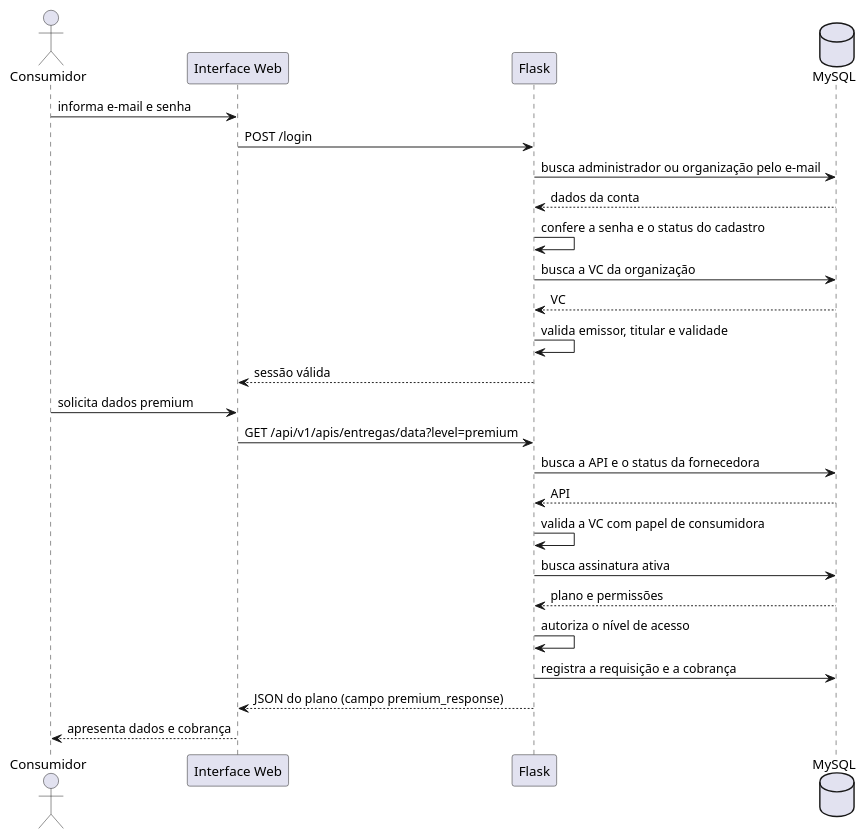
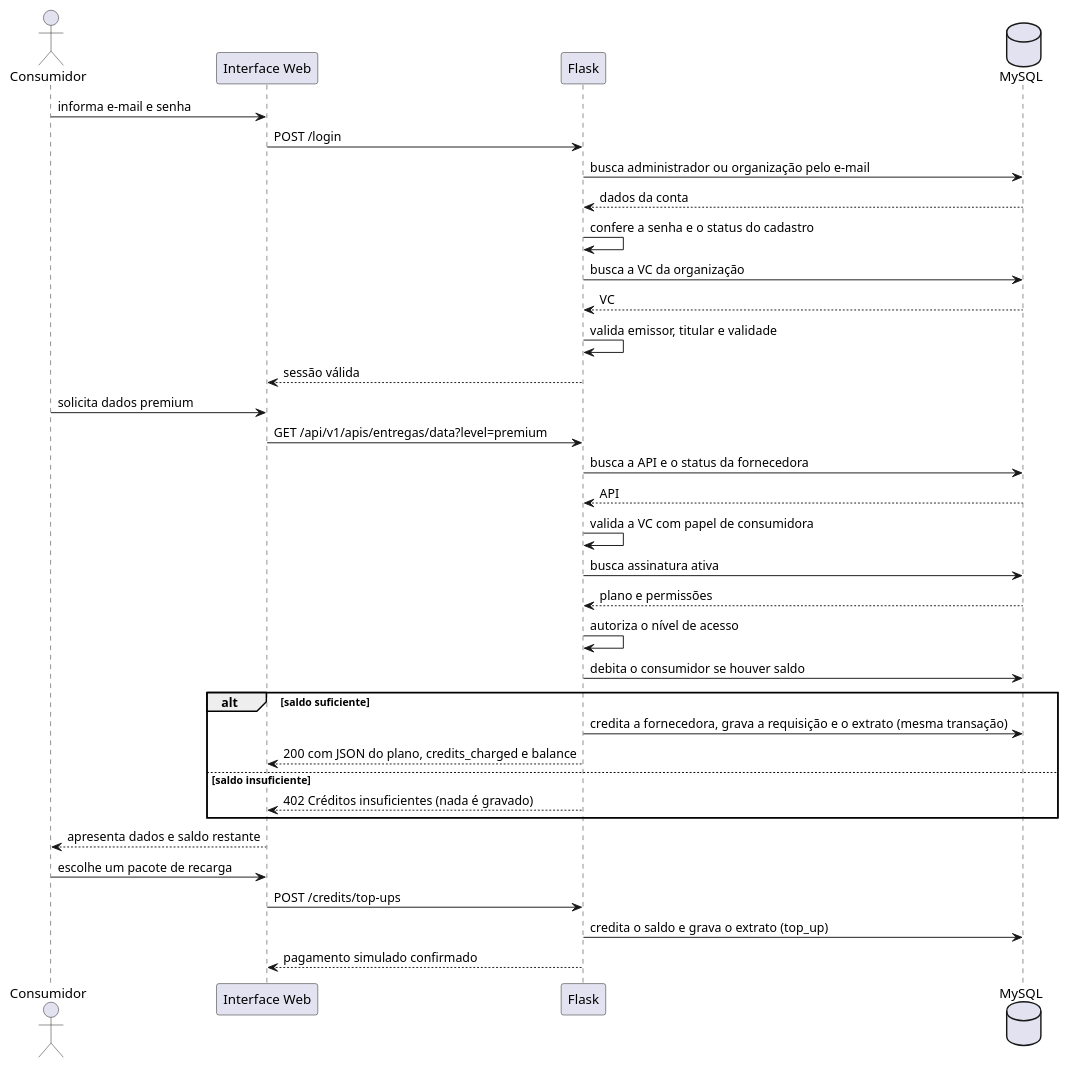
The diagram in docs/uml/sequence-consume.puml (Pedro-Henrique-Assis/mvp-dataspaces), drawn with PlantUML before and after one commit. The commit also changed 2 other files, not shown here.

Commit message:
docs: atualizar diagramas UML

```diff
--- a/docs/uml/sequence-consume.puml
+++ b/docs/uml/sequence-consume.puml
@@ -1,28 +1,38 @@
 @startuml
 actor Consumidor
 participant "Interface Web" as UI
 participant "Flask" as App
 database "MySQL" as DB
 
 Consumidor -> UI: informa e-mail e senha
 UI -> App: POST /login
 App -> DB: busca administrador ou organização pelo e-mail
 DB --> App: dados da conta
 App -> App: confere a senha e o status do cadastro
 App -> DB: busca a VC da organização
 DB --> App: VC
 App -> App: valida emissor, titular e validade
 App --> UI: sessão válida
 
 Consumidor -> UI: solicita dados premium
 UI -> App: GET /api/v1/apis/entregas/data?level=premium
 App -> DB: busca a API e o status da fornecedora
 DB --> App: API
 App -> App: valida a VC com papel de consumidora
 App -> DB: busca assinatura ativa
 DB --> App: plano e permissões
 App -> App: autoriza o nível de acesso
-App -> DB: registra a requisição e a cobrança
-App --> UI: JSON do plano (campo premium_response)
-UI --> Consumidor: apresenta dados e cobrança
+App -> DB: debita o consumidor se houver saldo
+alt saldo suficiente
+  App -> DB: credita a fornecedora, grava a requisição e o extrato (mesma transação)
+  App --> UI: 200 com JSON do plano, credits_charged e balance
+else saldo insuficiente
+  App --> UI: 402 Créditos insuficientes (nada é gravado)
+end
+UI --> Consumidor: apresenta dados e saldo restante
+
+Consumidor -> UI: escolhe um pacote de recarga
+UI -> App: POST /credits/top-ups
+App -> DB: credita o saldo e grava o extrato (top_up)
+App --> UI: pagamento simulado confirmado
 @enduml
```
